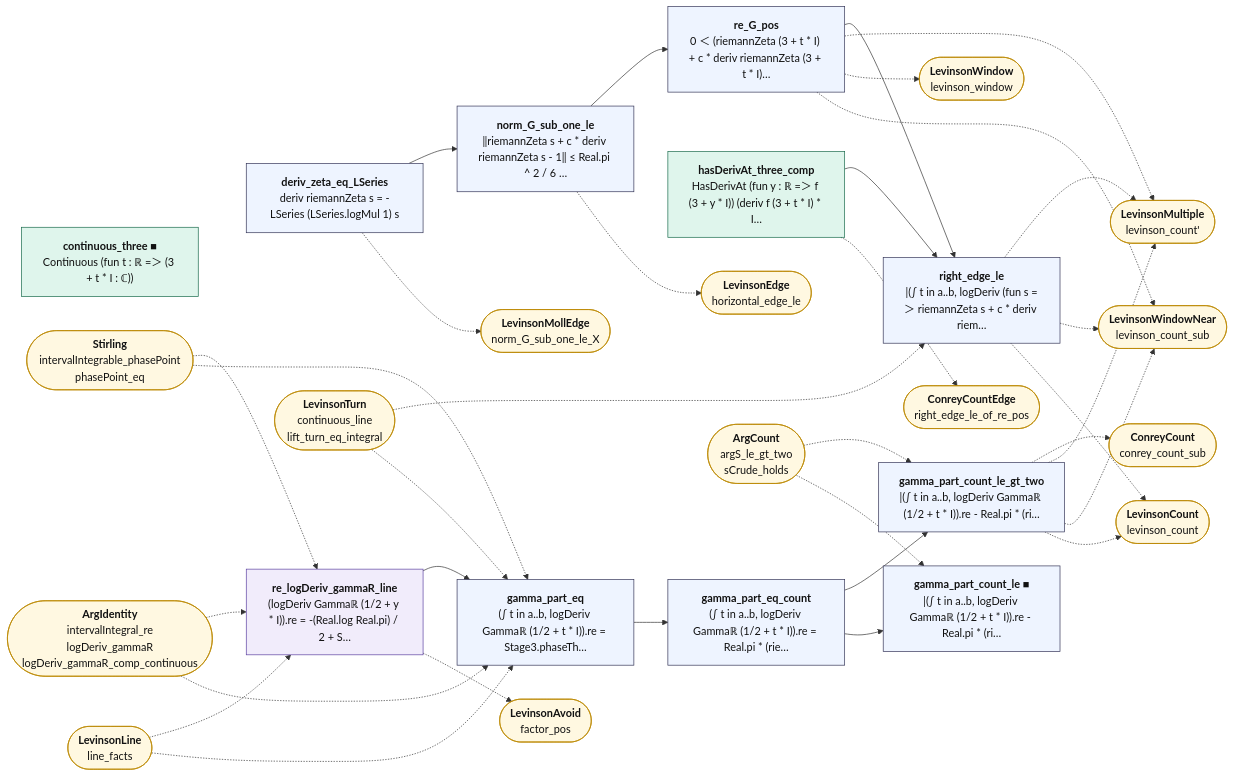
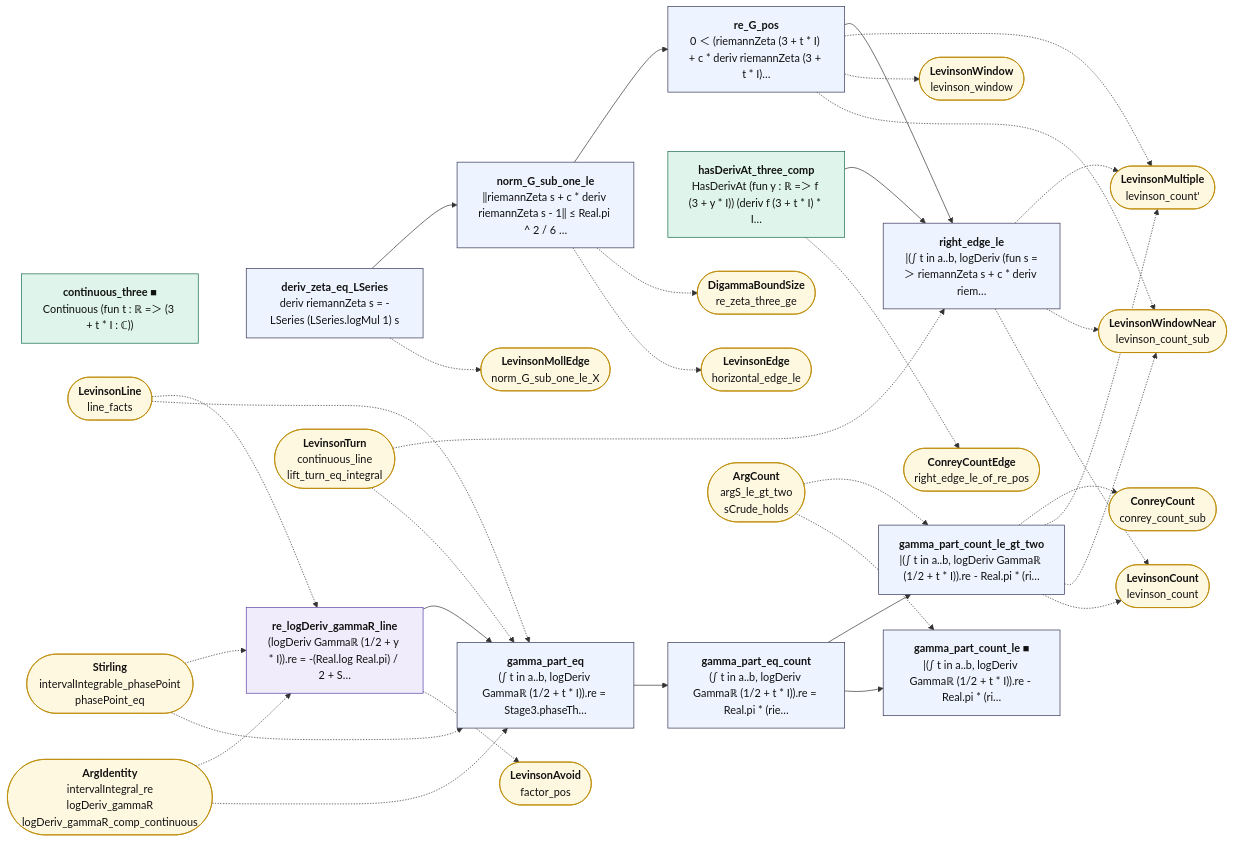
The diagram in map/lean_stage3/LevinsonSize.mmd (juliansambranojr/Primebeat_081426), drawn with Mermaid before and after one commit. The commit also changed 28 other files, not shown here.

```diff
--- a/map/lean_stage3/LevinsonSize.mmd
+++ b/map/lean_stage3/LevinsonSize.mmd
@@ -1,66 +1,68 @@
 flowchart LR
   n0["<b>deriv_zeta_eq_LSeries</b><br/>deriv riemannZeta s = -LSeries (LSeries.logMul 1) s"]:::thm
   n1["<b>norm_G_sub_one_le</b><br/>‖riemannZeta s + c * deriv riemannZeta s - 1‖ ≤ Real.pi ^ 2 / 6 …"]:::thm
   n2["<b>re_G_pos</b><br/>0 ＜ (riemannZeta (3 + t * I) + c * deriv riemannZeta (3 + t * I)…"]:::thm
   n3["<b>hasDerivAt_three_comp</b><br/>HasDerivAt (fun y : ℝ =＞ f (3 + y * I)) (deriv f (3 + t * I) * I…"]:::cnt
   n4["<b>continuous_three ■</b><br/>Continuous (fun t : ℝ =＞ (3 + t * I : ℂ))"]:::cnt
   n5["<b>right_edge_le</b><br/>|(∫ t in a..b, logDeriv (fun s =＞ riemannZeta s + c * deriv riem…"]:::thm
   n6["<b>re_logDeriv_gammaR_line</b><br/>(logDeriv Gammaℝ (1/2 + y * I)).re = -(Real.log Real.pi) / 2 + S…"]:::shp
   n7["<b>gamma_part_eq</b><br/>(∫ t in a..b, logDeriv Gammaℝ (1/2 + t * I)).re = Stage3.phaseTh…"]:::thm
   n8["<b>gamma_part_eq_count</b><br/>(∫ t in a..b, logDeriv Gammaℝ (1/2 + t * I)).re = Real.pi * (rie…"]:::thm
   n9["<b>gamma_part_count_le ■</b><br/>|(∫ t in a..b, logDeriv Gammaℝ (1/2 + t * I)).re - Real.pi * (ri…"]:::thm
   n10["<b>gamma_part_count_le_gt_two</b><br/>|(∫ t in a..b, logDeriv Gammaℝ (1/2 + t * I)).re - Real.pi * (ri…"]:::thm
   x0(["<b>LevinsonMollEdge</b><br/>norm_G_sub_one_le_X"]):::ext
-  x1(["<b>LevinsonEdge</b><br/>horizontal_edge_le"]):::ext
-  x2(["<b>LevinsonMultiple</b><br/>levinson_count'"]):::ext
-  x3(["<b>LevinsonWindow</b><br/>levinson_window"]):::ext
-  x4(["<b>LevinsonWindowNear</b><br/>levinson_count_sub"]):::ext
-  x5(["<b>ConreyCountEdge</b><br/>right_edge_le_of_re_pos"]):::ext
-  x6(["<b>LevinsonTurn</b><br/>continuous_line<br/>lift_turn_eq_integral"]):::ext
-  x7(["<b>LevinsonCount</b><br/>levinson_count"]):::ext
-  x8(["<b>ArgIdentity</b><br/>intervalIntegral_re<br/>logDeriv_gammaR<br/>logDeriv_gammaR_comp_continuous"]):::ext
-  x9(["<b>LevinsonLine</b><br/>line_facts"]):::ext
-  x10(["<b>Stirling</b><br/>intervalIntegrable_phasePoint<br/>phasePoint_eq"]):::ext
-  x11(["<b>LevinsonAvoid</b><br/>factor_pos"]):::ext
-  x12(["<b>ArgCount</b><br/>argS_le_gt_two<br/>sCrude_holds"]):::ext
-  x13(["<b>ConreyCount</b><br/>conrey_count_sub"]):::ext
+  x1(["<b>DigammaBoundSize</b><br/>re_zeta_three_ge"]):::ext
+  x2(["<b>LevinsonEdge</b><br/>horizontal_edge_le"]):::ext
+  x3(["<b>LevinsonMultiple</b><br/>levinson_count'"]):::ext
+  x4(["<b>LevinsonWindow</b><br/>levinson_window"]):::ext
+  x5(["<b>LevinsonWindowNear</b><br/>levinson_count_sub"]):::ext
+  x6(["<b>ConreyCountEdge</b><br/>right_edge_le_of_re_pos"]):::ext
+  x7(["<b>LevinsonTurn</b><br/>continuous_line<br/>lift_turn_eq_integral"]):::ext
+  x8(["<b>LevinsonCount</b><br/>levinson_count"]):::ext
+  x9(["<b>ArgIdentity</b><br/>intervalIntegral_re<br/>logDeriv_gammaR<br/>logDeriv_gammaR_comp_continuous"]):::ext
+  x10(["<b>LevinsonLine</b><br/>line_facts"]):::ext
+  x11(["<b>Stirling</b><br/>intervalIntegrable_phasePoint<br/>phasePoint_eq"]):::ext
+  x12(["<b>LevinsonAvoid</b><br/>factor_pos"]):::ext
+  x13(["<b>ArgCount</b><br/>argS_le_gt_two<br/>sCrude_holds"]):::ext
+  x14(["<b>ConreyCount</b><br/>conrey_count_sub"]):::ext
   n0 --> n1
   n1 --> n2
   n2 --> n5
   n3 --> n5
   n6 --> n7
   n7 --> n8
   n8 --> n10
   n8 --> n9
   n0 -.-> x0
   n1 -.-> x1
-  n10 -.-> x13
-  n10 -.-> x2
-  n10 -.-> x4
-  n10 -.-> x7
-  n2 -.-> x2
+  n1 -.-> x2
+  n10 -.-> x14
+  n10 -.-> x3
+  n10 -.-> x5
+  n10 -.-> x8
   n2 -.-> x3
   n2 -.-> x4
-  n3 -.-> x5
-  n5 -.-> x2
-  n5 -.-> x4
-  n5 -.-> x7
-  n6 -.-> x11
+  n2 -.-> x5
+  n3 -.-> x6
+  n5 -.-> x3
+  n5 -.-> x5
+  n5 -.-> x8
+  n6 -.-> x12
   x10 -.-> n6
   x10 -.-> n7
-  x12 -.-> n10
-  x12 -.-> n9
-  x6 -.-> n5
-  x6 -.-> n7
-  x8 -.-> n6
-  x8 -.-> n7
+  x11 -.-> n6
+  x11 -.-> n7
+  x13 -.-> n10
+  x13 -.-> n9
+  x7 -.-> n5
+  x7 -.-> n7
   x9 -.-> n6
   x9 -.-> n7
   classDef cnt fill:#dff5ec,stroke:#17694a,color:#111
   classDef shp fill:#f1ecfb,stroke:#5b3fa0,color:#111
   classDef rh fill:#ffe5e5,stroke:#c22,color:#111,stroke-width:2px
   classDef thm fill:#eef4ff,stroke:#335,color:#111
   classDef end_ fill:#e7f7e7,stroke:#2a7,color:#111,stroke-width:2px
   classDef lone fill:#fff,stroke:#999,color:#111,stroke-dasharray:4 3
   classDef bad fill:#ffe5e5,stroke:#c22,color:#111,stroke-width:2px
   classDef ext fill:#fff8e1,stroke:#b80,color:#111
```
